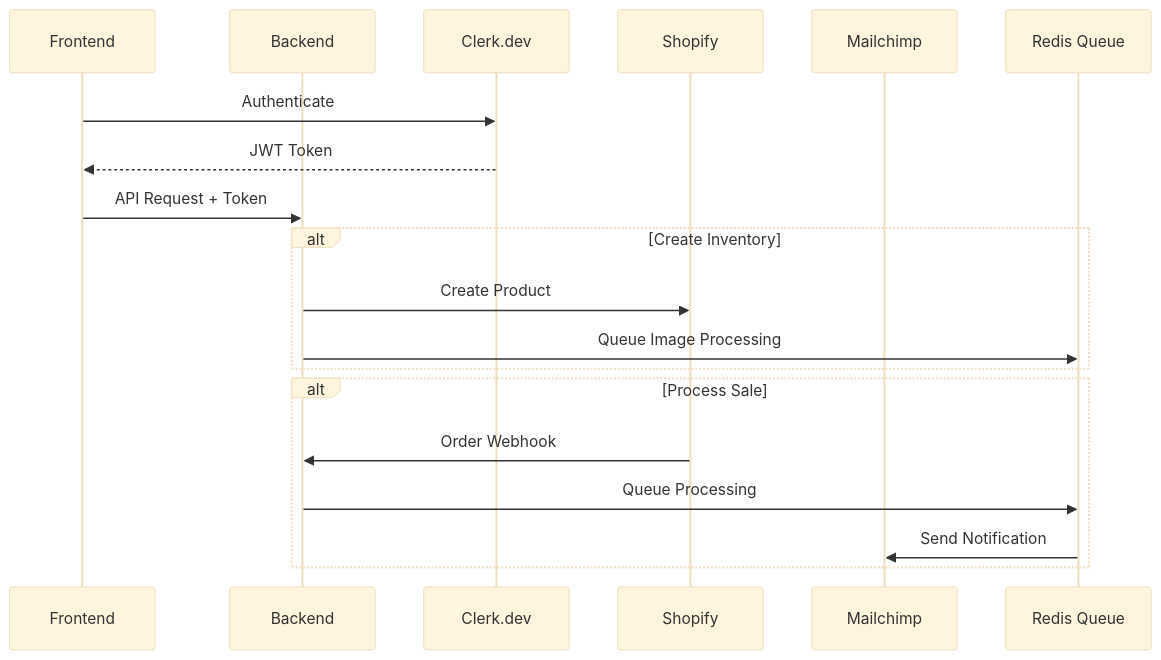
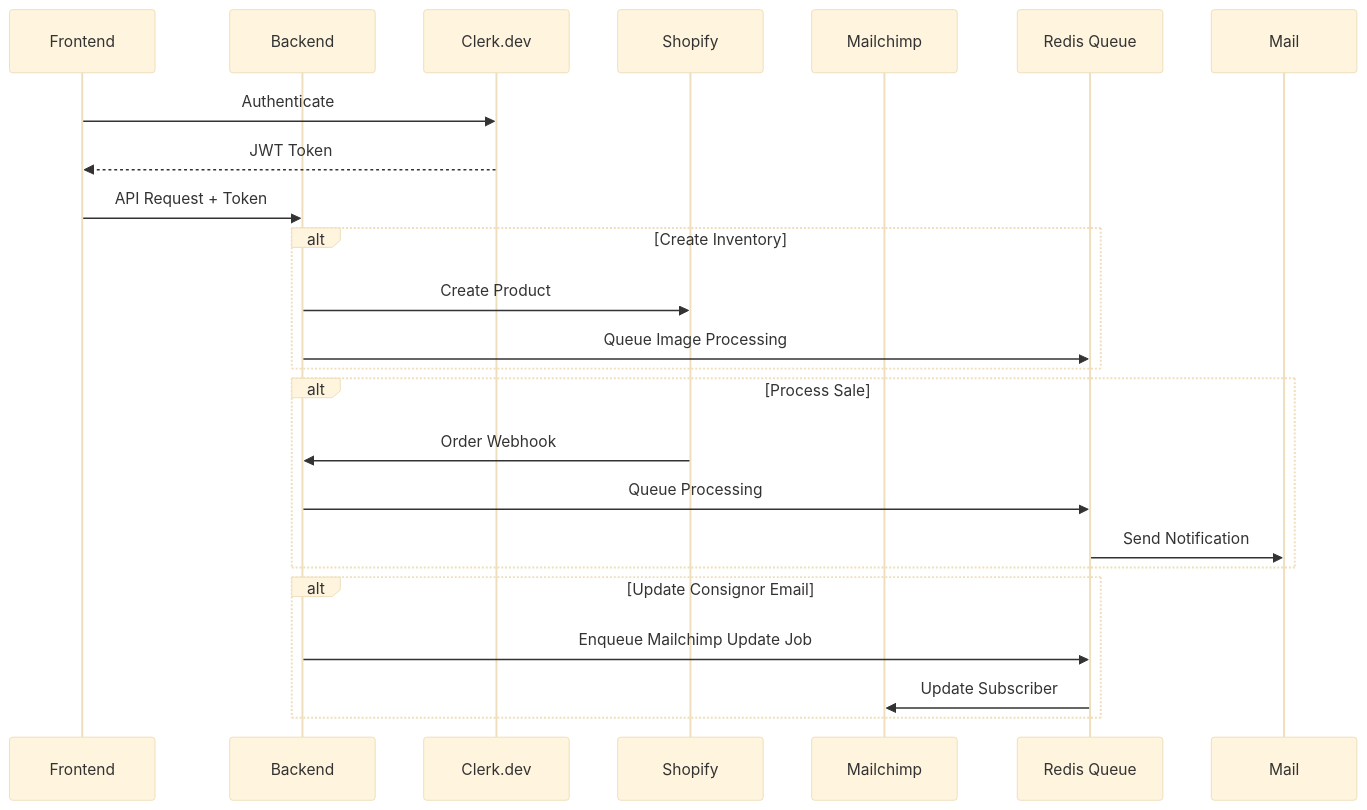
Before and after one commit to atEverychance/ProjectCR: the diagram in docs/diagrams/architecture/integration-architecture.mmd, drawn with Mermaid (base theme). The commit also changed 4 other files, not shown here.

```diff
--- a/docs/diagrams/architecture/integration-architecture.mmd
+++ b/docs/diagrams/architecture/integration-architecture.mmd
@@ -1,22 +1,26 @@
 sequenceDiagram
     participant FE as Frontend
     participant API as Backend
     participant Auth as Clerk.dev
     participant Shop as Shopify
-    participant Mail as Mailchimp
+    participant MC as Mailchimp
     participant Q as Redis Queue
     
     FE->>Auth: Authenticate
     Auth-->>FE: JWT Token
     FE->>API: API Request + Token
     
     alt Create Inventory
         API->>Shop: Create Product
         API->>Q: Queue Image Processing
     end
     
     alt Process Sale
         Shop->>API: Order Webhook
         API->>Q: Queue Processing
         Q->>Mail: Send Notification
     end
+    alt Update Consignor Email
+        API->>Q: Enqueue Mailchimp Update Job
+        Q->>MC: Update Subscriber
+    end
```
